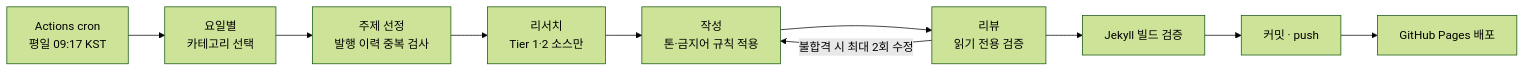
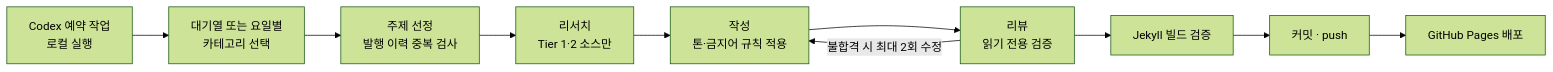
One commit to dorec9/dorec9.github.io changed the diagram in README.md. Above: the diagram before and after it, drawn with Mermaid (forest theme). The commit also changed other lines of this file and 6 other files, not shown here.

````diff
--- a/README.md
+++ b/README.md
@@ -11,12 +11,12 @@
 ```mermaid
 flowchart LR
-    A["Actions cron<br>평일 09:17 KST"] --> B["요일별<br>카테고리 선택"]
+    A["Codex 예약 작업<br>로컬 실행"] --> B["대기열 또는 요일별<br>카테고리 선택"]
     B --> C["주제 선정<br>발행 이력 중복 검사"]
     C --> D["리서치<br>Tier 1·2 소스만"]
     D --> E["작성<br>톤·금지어 규칙 적용"]
     E --> F["리뷰<br>읽기 전용 검증"]
     F -->|"불합격 시 최대 2회 수정"| E
     F --> G["Jekyll 빌드 검증"]
     G --> H["커밋 · push"]
     H --> I["GitHub Pages 배포"]
 ```
````
